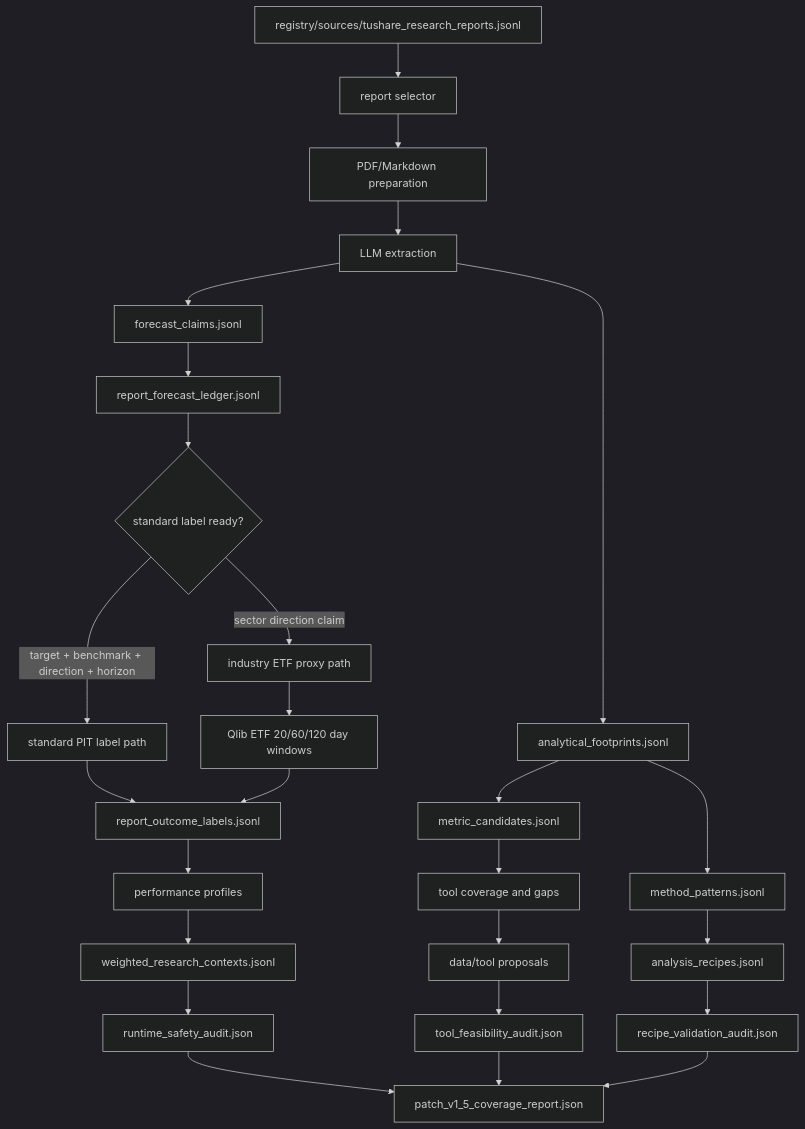
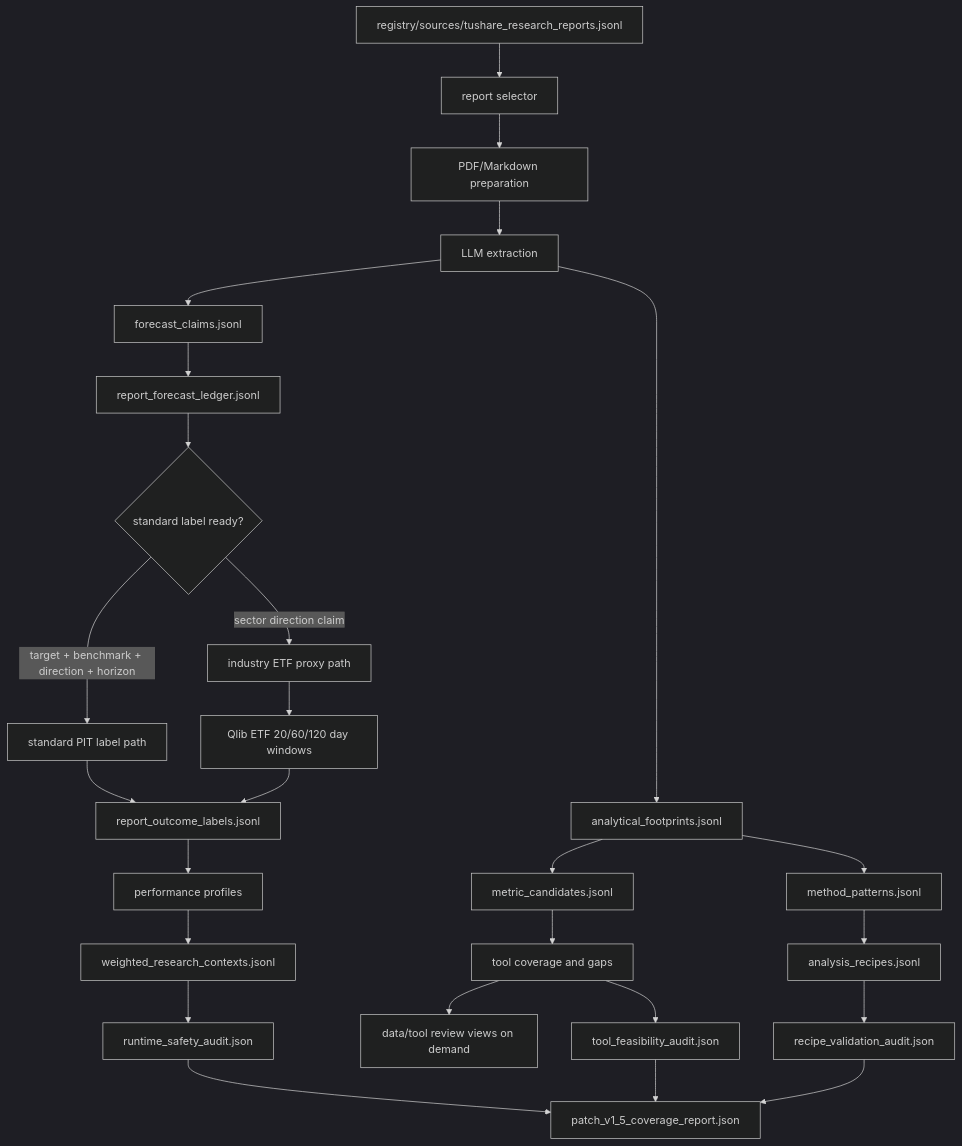
The second of 4 diagrams in docs/rke_report_intelligence_architecture.md (haphap/MOSAIC-Combat-Evolved), drawn with Mermaid (dark theme) before and after one commit. The commit also changed other lines of this file and 19 other files, not shown here.

````diff
--- a/docs/rke_report_intelligence_architecture.md
+++ b/docs/rke_report_intelligence_architecture.md
@@ -201,28 +197,28 @@
 ```mermaid
 flowchart TD
   A["registry/sources/tushare_research_reports.jsonl"] --> B["report selector"]
   B --> C["PDF/Markdown preparation"]
   C --> D["LLM extraction"]
   D --> E["forecast_claims.jsonl"]
   D --> F["analytical_footprints.jsonl"]
   F --> G["metric_candidates.jsonl"]
   F --> H["method_patterns.jsonl"]
   E --> I["report_forecast_ledger.jsonl"]
   I --> J{"standard label ready?"}
   J -->|"target + benchmark + direction + horizon"| K["standard PIT label path"]
   J -->|"sector direction claim"| L["industry ETF proxy path"]
   L --> M["Qlib ETF 20/60/120 day windows"]
   K --> N["report_outcome_labels.jsonl"]
   M --> N
   N --> O["performance profiles"]
   O --> P["weighted_research_contexts.jsonl"]
   G --> Q["tool coverage and gaps"]
-  Q --> R["data/tool proposals"]
+  Q --> R["data/tool review views on demand"]
   H --> S["analysis_recipes.jsonl"]
   P --> T["runtime_safety_audit.json"]
-  R --> U["tool_feasibility_audit.json"]
+  Q --> U["tool_feasibility_audit.json"]
   S --> V["recipe_validation_audit.json"]
   T --> W["patch_v1_5_coverage_report.json"]
   U --> W
   V --> W
 ```
````
